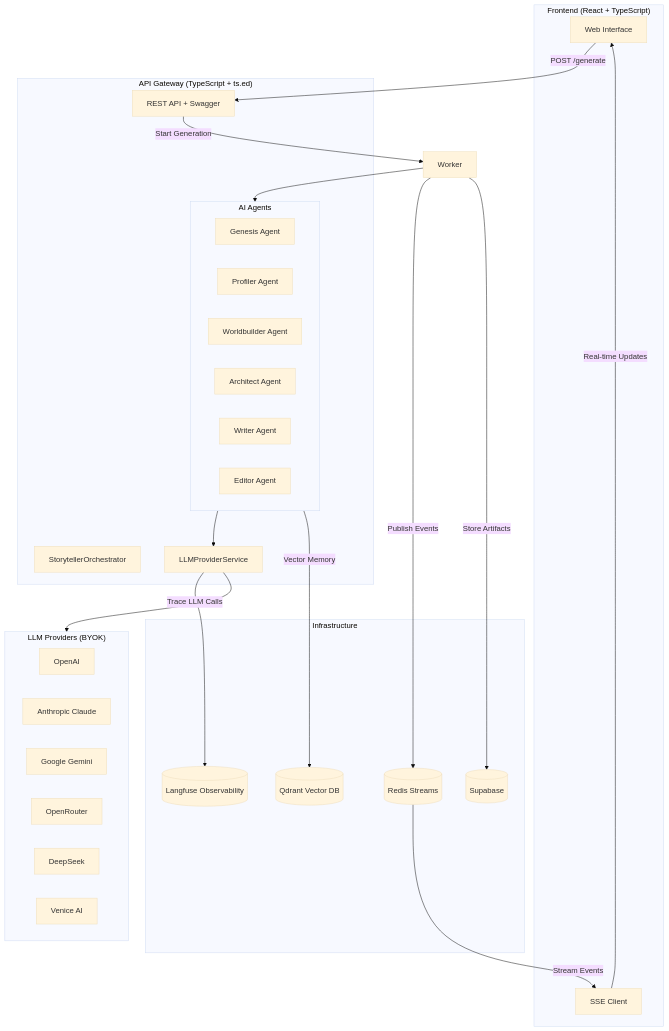
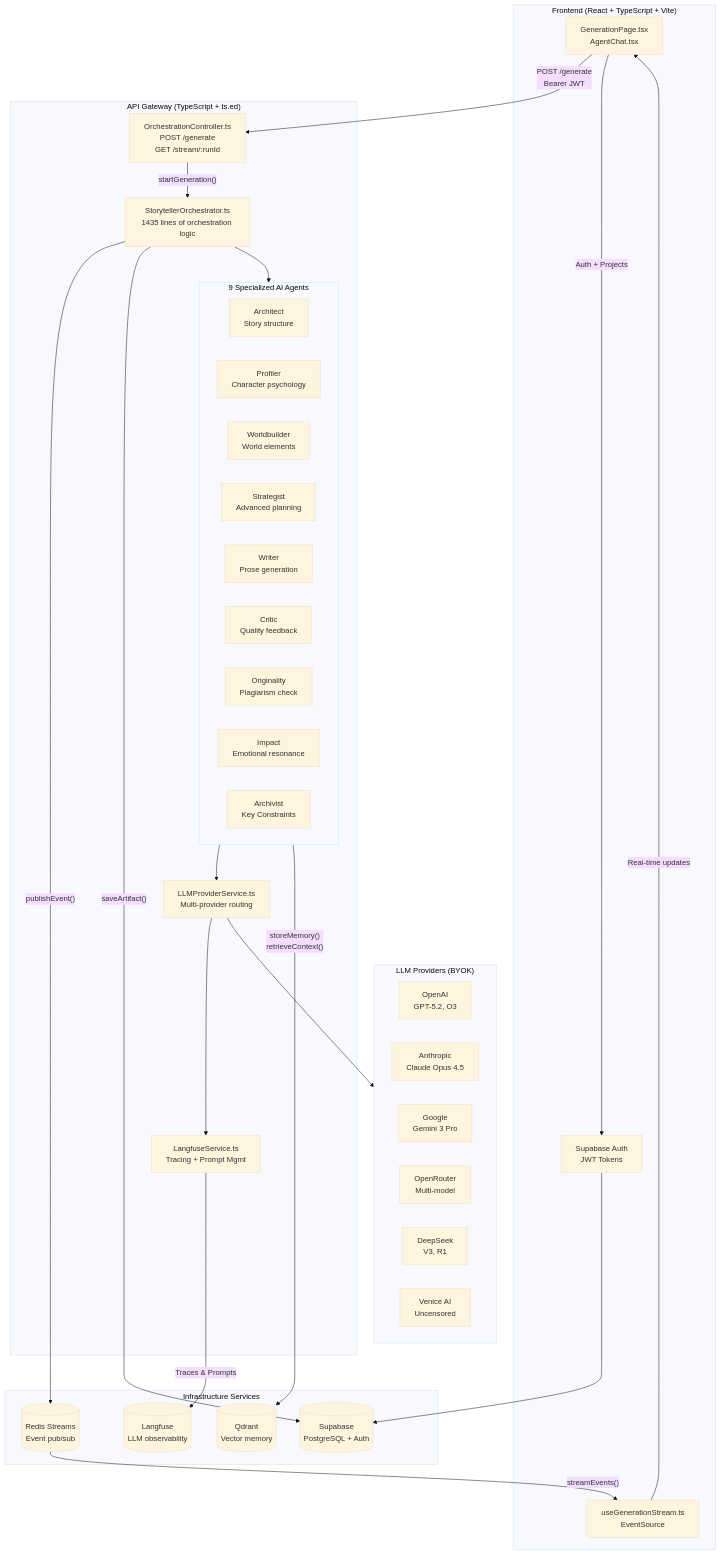
One commit to IShalkin/manoe changed the first of 9 diagrams in README.md. Above: the diagram before and after it, drawn with Mermaid (base theme). The commit also changed other lines of this file, not shown here.

First line of the commit message:
docs: Add comprehensive architecture visualization with Mermaid diagrams (#45)

````diff
--- a/README.md
+++ b/README.md
@@ -14,53 +16,61 @@
 ```mermaid
 flowchart TB
-    subgraph Client["Frontend (React + TypeScript)"]
-        UI[Web Interface]
-        SSE[SSE Client]
+    subgraph Client["Frontend (React + TypeScript + Vite)"]
+        UI["GenerationPage.tsx<br/>AgentChat.tsx"]
+        SSE["useGenerationStream.ts<br/>EventSource"]
+        Supabase_Auth["Supabase Auth<br/>JWT Tokens"]
     end
 
     subgraph Gateway["API Gateway (TypeScript + ts.ed)"]
-        API[REST API + Swagger]
-        Orchestrator[StorytellerOrchestrator]
+        API["OrchestrationController.ts<br/>POST /generate<br/>GET /stream/:runId"]
+        Orchestrator["StorytellerOrchestrator.ts<br/>1435 lines of orchestration logic"]
         
-        subgraph Agents["AI Agents"]
-            Genesis[Genesis Agent]
-            Profiler[Profiler Agent]
-            Worldbuilder[Worldbuilder Agent]
-            Architect[Architect Agent]
-            Writer[Writer Agent]
-            Editor[Editor Agent]
+        subgraph Agents["9 Specialized AI Agents"]
+            Architect["Architect<br/>Story structure"]
+            Profiler["Profiler<br/>Character psychology"]
+            Worldbuilder["Worldbuilder<br/>World elements"]
+            Strategist["Strategist<br/>Advanced planning"]
+            Writer["Writer<br/>Prose generation"]
+            Critic["Critic<br/>Quality feedback"]
+            Originality["Originality<br/>Plagiarism check"]
+            Impact["Impact<br/>Emotional resonance"]
+            Archivist["Archivist<br/>Key Constraints"]
         end
         
-        ModelClient[LLMProviderService]
+        LLMService["LLMProviderService.ts<br/>Multi-provider routing"]
+        LangfuseService["LangfuseService.ts<br/>Tracing + Prompt Mgmt"]
     end
 
-    subgraph Infrastructure["Infrastructure"]
-        Redis[(Redis Streams)]
-        Supabase[(Supabase)]
-        Qdrant[(Qdrant Vector DB)]
-        Langfuse[(Langfuse Observability)]
+    subgraph Infrastructure["Infrastructure Services"]
+        Redis[("Redis Streams<br/>Event pub/sub")]
+        Supabase[("Supabase<br/>PostgreSQL + Auth")]
+        Qdrant[("Qdrant<br/>Vector memory")]
+        Langfuse[("Langfuse<br/>LLM observability")]
     end
 
     subgraph LLMProviders["LLM Providers (BYOK)"]
-        OpenAI[OpenAI]
-        Anthropic[Anthropic Claude]
-        Gemini[Google Gemini]
-        OpenRouter[OpenRouter]
-        DeepSeek[DeepSeek]
-        Venice[Venice AI]
+        OpenAI["OpenAI<br/>GPT-5.2, O3"]
+        Anthropic["Anthropic<br/>Claude Opus 4.5"]
+        Gemini["Google<br/>Gemini 3 Pro"]
+        OpenRouter["OpenRouter<br/>Multi-model"]
+        DeepSeek["DeepSeek<br/>V3, R1"]
+        Venice["Venice AI<br/>Uncensored"]
     end
 
-    UI -->|POST /generate| API
-    API -->|Start Generation| Worker
-    Worker --> Agents
-    Agents --> ModelClient
-    ModelClient --> LLMProviders
+    UI -->|"POST /generate<br/>Bearer JWT"| API
+    API -->|"startGeneration()"| Orchestrator
+    Orchestrator --> Agents
+    Agents --> LLMService
+    LLMService --> LLMProviders
+    LLMService --> LangfuseService
+    LangfuseService -->|"Traces & Prompts"| Langfuse
     
-    Worker -->|Publish Events| Redis
-    Redis -->|Stream Events| SSE
-    SSE -->|Real-time Updates| UI
+    Orchestrator -->|"publishEvent()"| Redis
+    Redis -->|"streamEvents()"| SSE
+    SSE -->|"Real-time updates"| UI
     
-    Worker -->|Store Artifacts| Supabase
-    Agents -->|Vector Memory| Qdrant
-    ModelClient -->|Trace LLM Calls| Langfuse
+    Orchestrator -->|"saveArtifact()"| Supabase
+    Agents -->|"storeMemory()<br/>retrieveContext()"| Qdrant
+    UI -->|"Auth + Projects"| Supabase_Auth
+    Supabase_Auth --> Supabase
 ```
````
